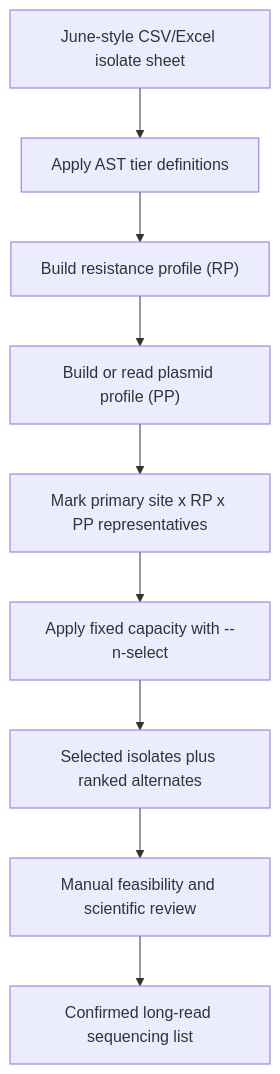
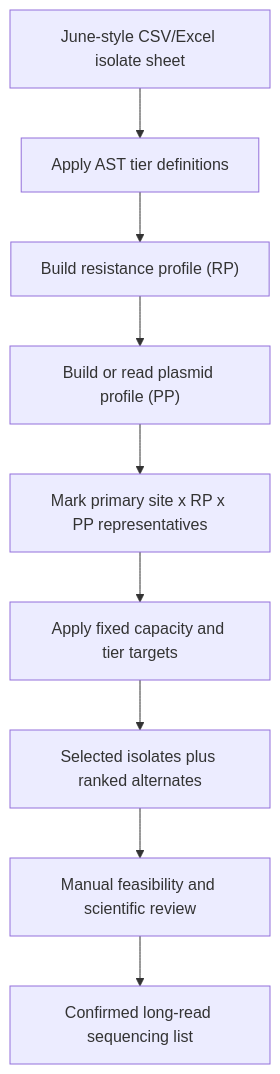
The diagram in docs/manager_briefing.md (ghruproject/samplechoice), drawn with Mermaid before and after one commit. The commit also changed other lines of this file and 8 other files, not shown here.

Commit message:
Add resistance tier targets to selection demo

````diff
--- a/docs/manager_briefing.md
+++ b/docs/manager_briefing.md
@@ -47,11 +47,11 @@
 ```mermaid
 flowchart TD
     A["June-style CSV/Excel isolate sheet"] --> B["Apply AST tier definitions"]
     B --> C["Build resistance profile (RP)"]
     C --> D["Build or read plasmid profile (PP)"]
     D --> E["Mark primary site x RP x PP representatives"]
-    E --> F["Apply fixed capacity with --n-select"]
+    E --> F["Apply fixed capacity and tier targets"]
     F --> G["Selected isolates plus ranked alternates"]
     G --> H["Manual feasibility and scientific review"]
     H --> I["Confirmed long-read sequencing list"]
 ```
````
